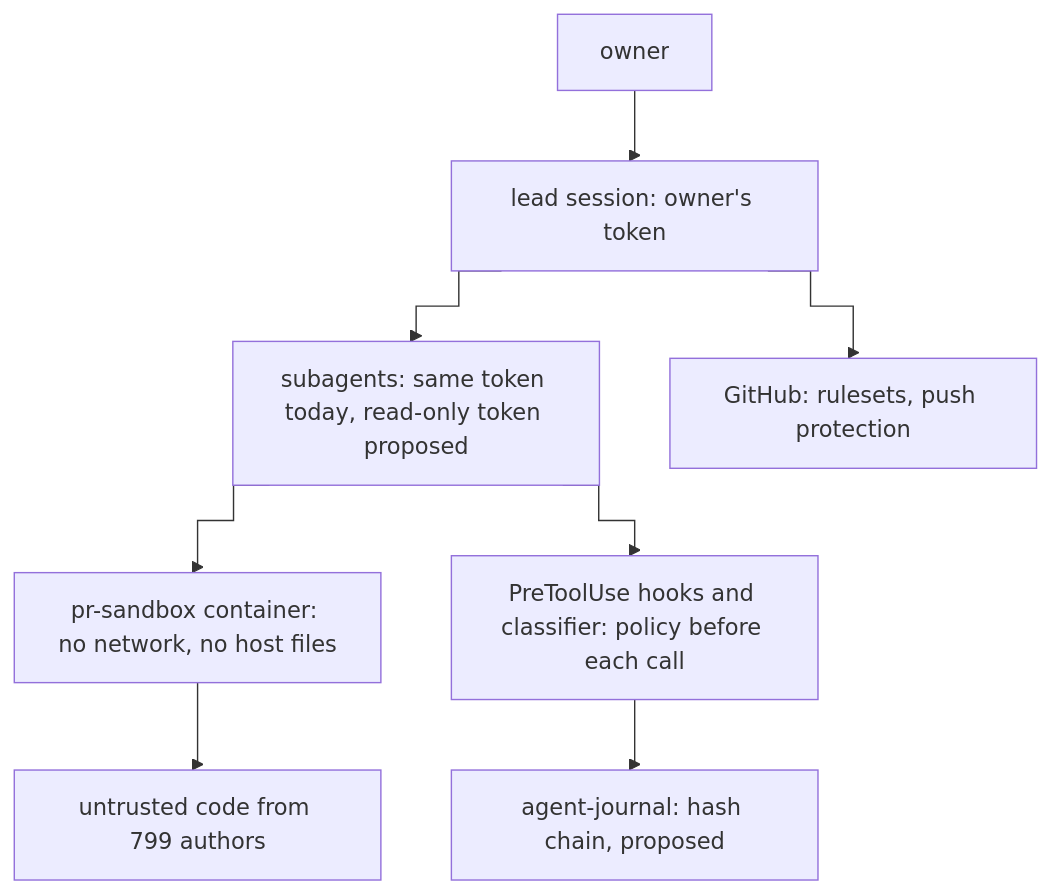
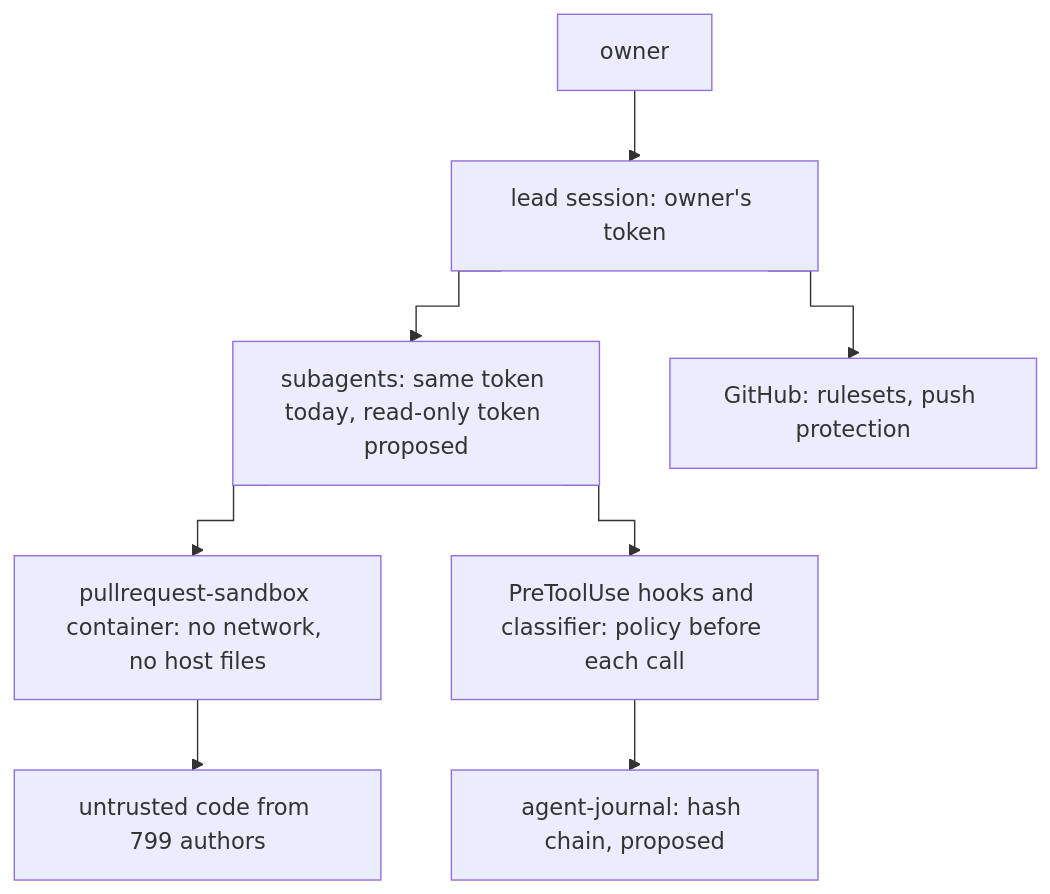
The third of 3 diagrams in docs/agent-fleet-zero-trust.md (maciejszulia/claude-code-skills), drawn with Mermaid before and after one commit. The commit also changed other lines of this file and 1 other file, not shown here.

Commit message:
docs: pr-sandbox is now pullrequest-sandbox

````diff
--- a/docs/agent-fleet-zero-trust.md
+++ b/docs/agent-fleet-zero-trust.md
@@ -123,11 +123,11 @@
 ```mermaid
 %%{init: {"flowchart": {"curve": "step"}}}%%
 flowchart TD
   OW["owner"] --> LD["lead session: owner's token"]
   LD --> SA["subagents: same token today, read-only token proposed"]
   LD --> GH["GitHub: rulesets, push protection"]
-  SA --> SB["pr-sandbox container: no network, no host files"]
+  SA --> SB["pullrequest-sandbox container: no network, no host files"]
   SA --> HK["PreToolUse hooks and classifier: policy before each call"]
   HK --> JN["agent-journal: hash chain, proposed"]
   SB --> UC["untrusted code from 799 authors"]
 ```
````
